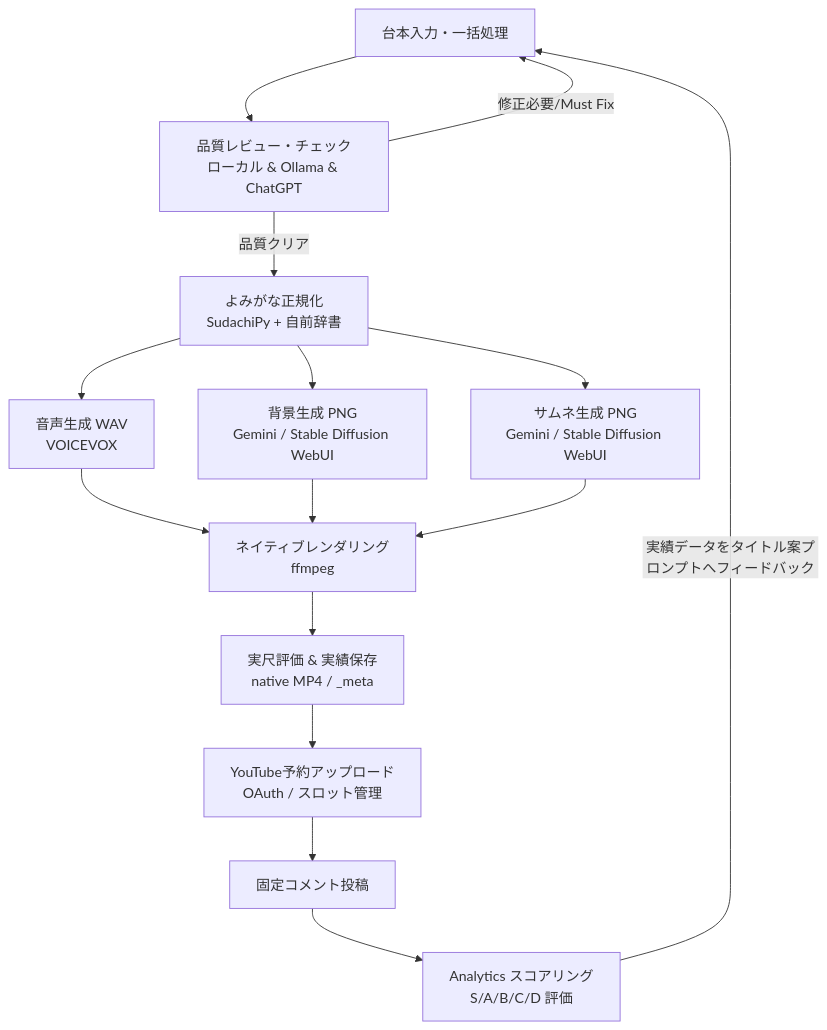
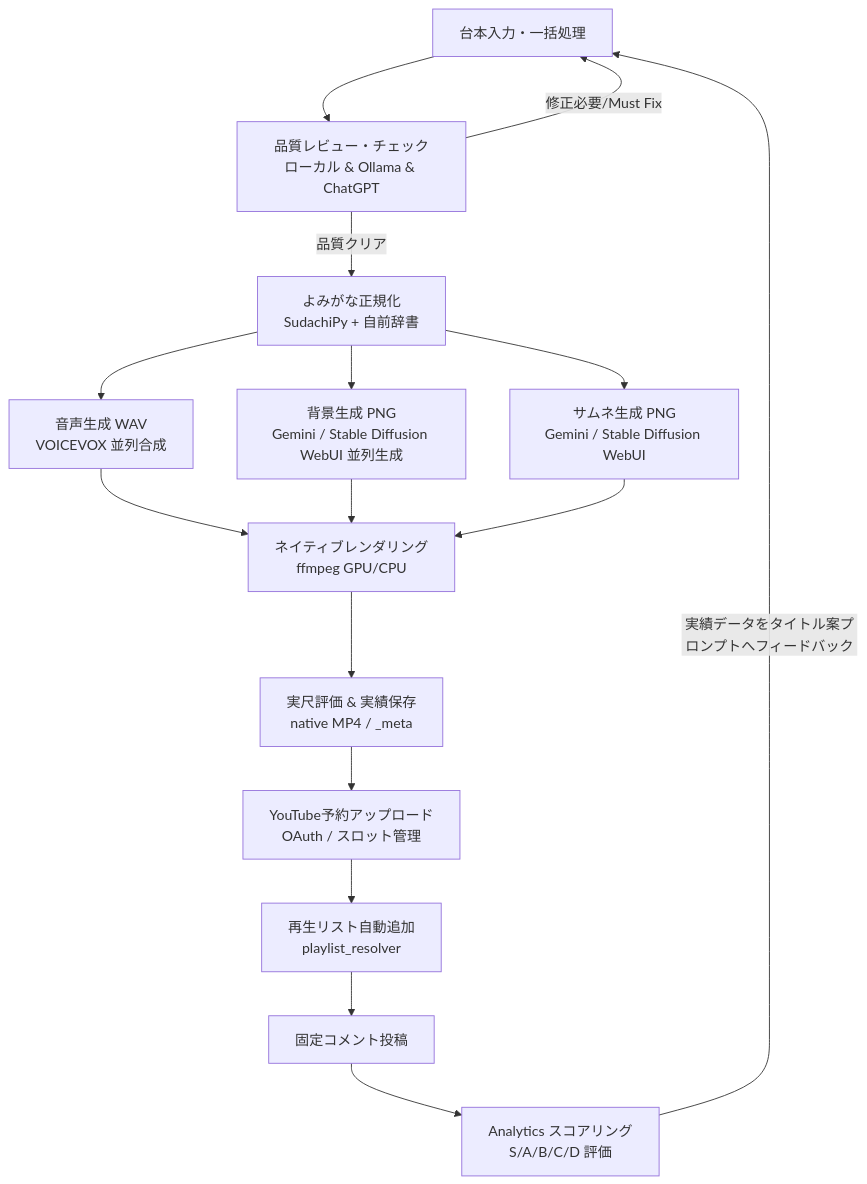
One commit to benybeny777/PicoCast changed the diagram in README.md. Above: the diagram before and after it, drawn with Mermaid. The commit also changed other lines of this file, not shown here.

````diff
--- a/README.md
+++ b/README.md
@@ -37,17 +41,18 @@
 ```mermaid
 graph TD
     A[台本入力・一括処理] --> B[品質レビュー・チェック<br/>ローカル & Ollama & ChatGPT]
     B -->|修正必要/Must Fix| A
     B -->|品質クリア| C[よみがな正規化<br/>SudachiPy + 自前辞書]
-    C --> D[音声生成 WAV<br/>VOICEVOX]
-    C --> E[背景生成 PNG<br/>Gemini / Stable Diffusion WebUI]
+    C --> D[音声生成 WAV<br/>VOICEVOX 並列合成]
+    C --> E[背景生成 PNG<br/>Gemini / Stable Diffusion WebUI 並列生成]
     C --> T[サムネ生成 PNG<br/>Gemini / Stable Diffusion WebUI]
-    D --> F[ネイティブレンダリング<br/>ffmpeg]
+    D --> F[ネイティブレンダリング<br/>ffmpeg GPU/CPU]
     E --> F
     T --> F
     F --> G[実尺評価 & 実績保存<br/>native MP4 / _meta]
     G --> H[YouTube予約アップロード<br/>OAuth / スロット管理]
-    H --> I[固定コメント投稿]
-    I --> J[Analytics スコアリング<br/>S/A/B/C/D 評価]
-    J -->|実績データをタイトル案プロンプトへフィードバック| A
+    H --> I[再生リスト自動追加<br/>playlist_resolver]
+    I --> J[固定コメント投稿]
+    J --> K[Analytics スコアリング<br/>S/A/B/C/D 評価]
+    K -->|実績データをタイトル案プロンプトへフィードバック| A
 ```
````
